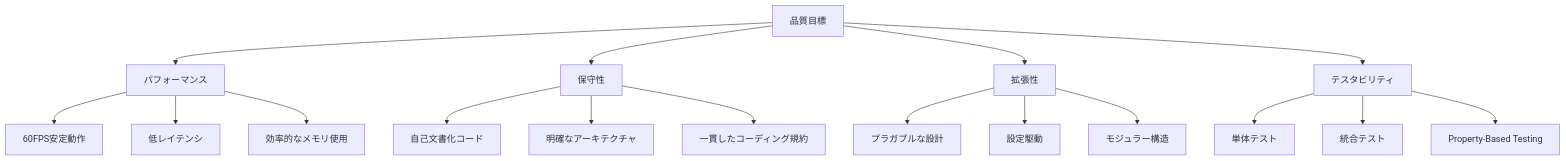
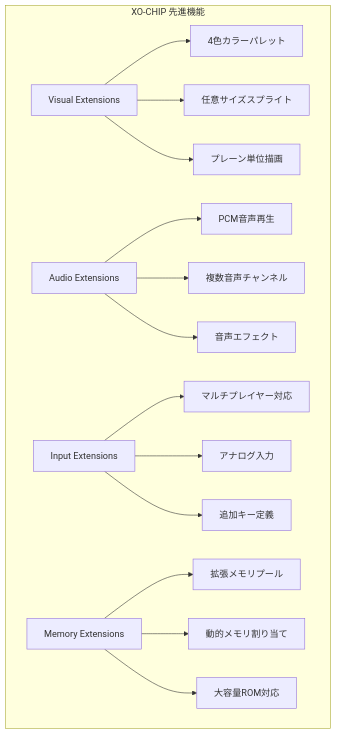
One commit to takeokunn/cl-chip8 changed diagram 14 of 21 in docs/explanation/01-chip8-overview.md. Above: the diagram before and after it, drawn with Mermaid. The commit also changed other lines of this file and 27 other files, not shown here.

````diff
--- a/docs/explanation/01-chip8-overview.md
+++ b/docs/explanation/01-chip8-overview.md
@@ -117,23 +470,20 @@
 ```mermaid
-graph TD
-    A[品質目標] --> B[パフォーマンス]
-    A --> C[保守性]
-    A --> D[拡張性]
-    A --> E[テスタビリティ]
+graph TB
+    subgraph "XO-CHIP 先進機能"
+        A[Visual Extensions] --> A1[4色カラーパレット]
+        A --> A2[任意サイズスプライト]
+        A --> A3[プレーン単位描画]
 
-    B --> B1[60FPS安定動作]
-    B --> B2[低レイテンシ]
-    B --> B3[効率的なメモリ使用]
+        B[Audio Extensions] --> B1[PCM音声再生]
+        B --> B2[複数音声チャンネル]
+        B --> B3[音声エフェクト]
 
-    C --> C1[自己文書化コード]
-    C --> C2[明確なアーキテクチャ]
-    C --> C3[一貫したコーディング規約]
+        C[Input Extensions] --> C1[マルチプレイヤー対応]
+        C --> C2[アナログ入力]
+        C --> C3[追加キー定義]
 
-    D --> D1[プラガブルな設計]
-    D --> D2[設定駆動]
-    D --> D3[モジュラー構造]
-
-    E --> E1[単体テスト]
-    E --> E2[統合テスト]
-    E --> E3[Property-Based Testing]
+        D[Memory Extensions] --> D1[拡張メモリプール]
+        D --> D2[動的メモリ割り当て]
+        D --> D3[大容量ROM対応]
+    end
 ```
````
